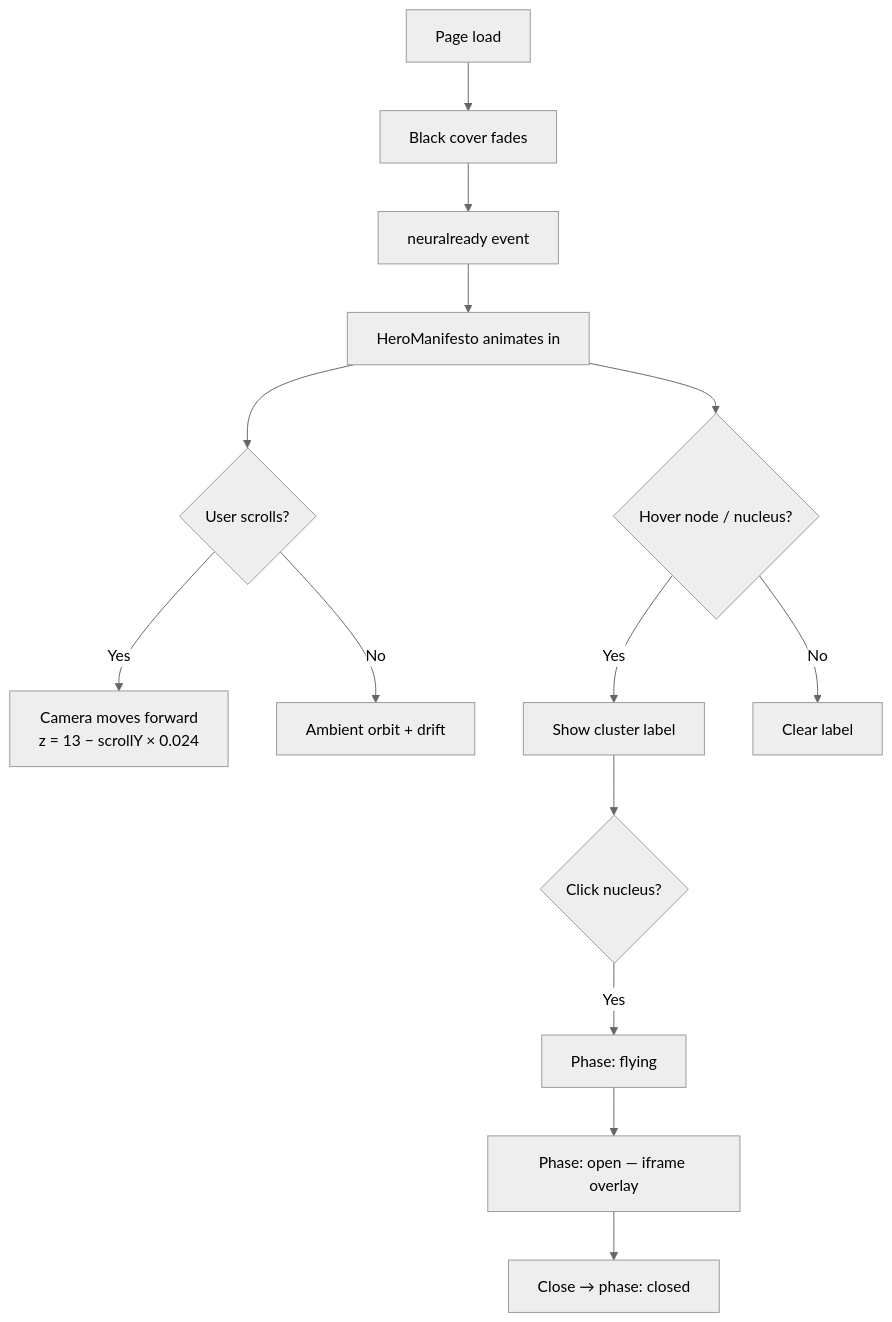
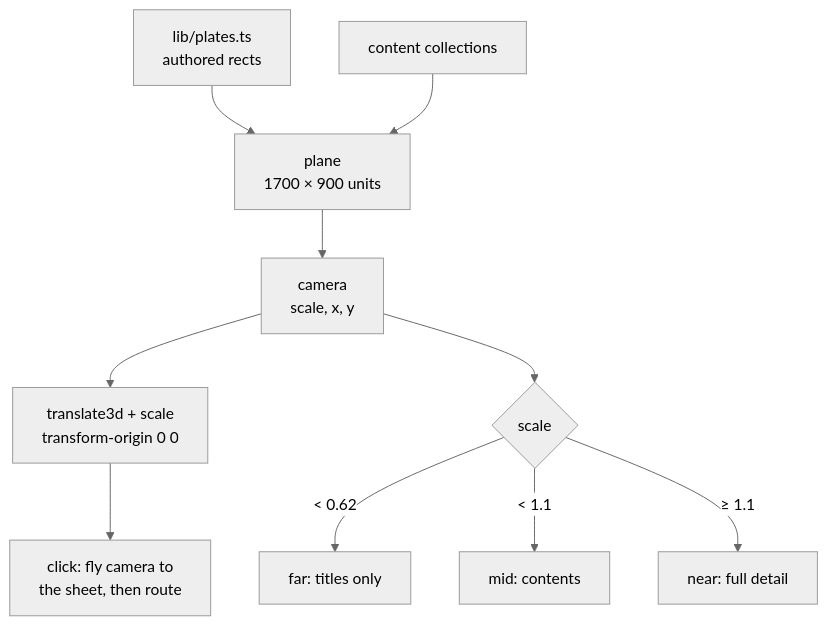
The second of 5 diagrams in README.md (ax5hay/akshaybajpai.com), drawn with Mermaid (neutral theme) before and after one commit. The commit also changed other lines of this file, not shown here.

First line of the commit message:
Rewrite README for the drawing-set architecture

````diff
--- a/README.md
+++ b/README.md
@@ -147,19 +139,12 @@
 ```mermaid
 flowchart TD
-  START["Page load"] --> LOADER["Black cover fades"]
-  LOADER --> READY["neuralready event"]
-  READY --> HERO["HeroManifesto animates in"]
-
-  HERO --> SCROLL{"User scrolls?"}
-  SCROLL -->|Yes| CAM["Camera moves forward<br/>z = 13 − scrollY × 0.024"]
-  SCROLL -->|No| IDLE["Ambient orbit + drift"]
-
-  HERO --> HOVER{"Hover node / nucleus?"}
-  HOVER -->|Yes| LABEL["Show cluster label"]
-  HOVER -->|No| CLEAR["Clear label"]
-
-  LABEL --> CLICK{"Click nucleus?"}
-  CLICK -->|Yes| FLY["Phase: flying"]
-  FLY --> OPEN["Phase: open — iframe overlay"]
-  OPEN --> CLOSE["Close → phase: closed"]
+  REG["lib/plates.ts<br/>authored rects"] --> PLANE["plane<br/>1700 × 900 units"]
+  CONTENT["content collections"] --> PLANE
+  PLANE --> CAM["camera<br/>scale, x, y"]
+  CAM --> XFORM["translate3d + scale<br/>transform-origin 0 0"]
+  CAM --> LOD{"scale"}
+  LOD -->|"< 0.62"| FAR["far: titles only"]
+  LOD -->|"< 1.1"| MID["mid: contents"]
+  LOD -->|"≥ 1.1"| NEAR["near: full detail"]
+  XFORM --> FLY["click: fly camera to<br/>the sheet, then route"]
 ```
````
